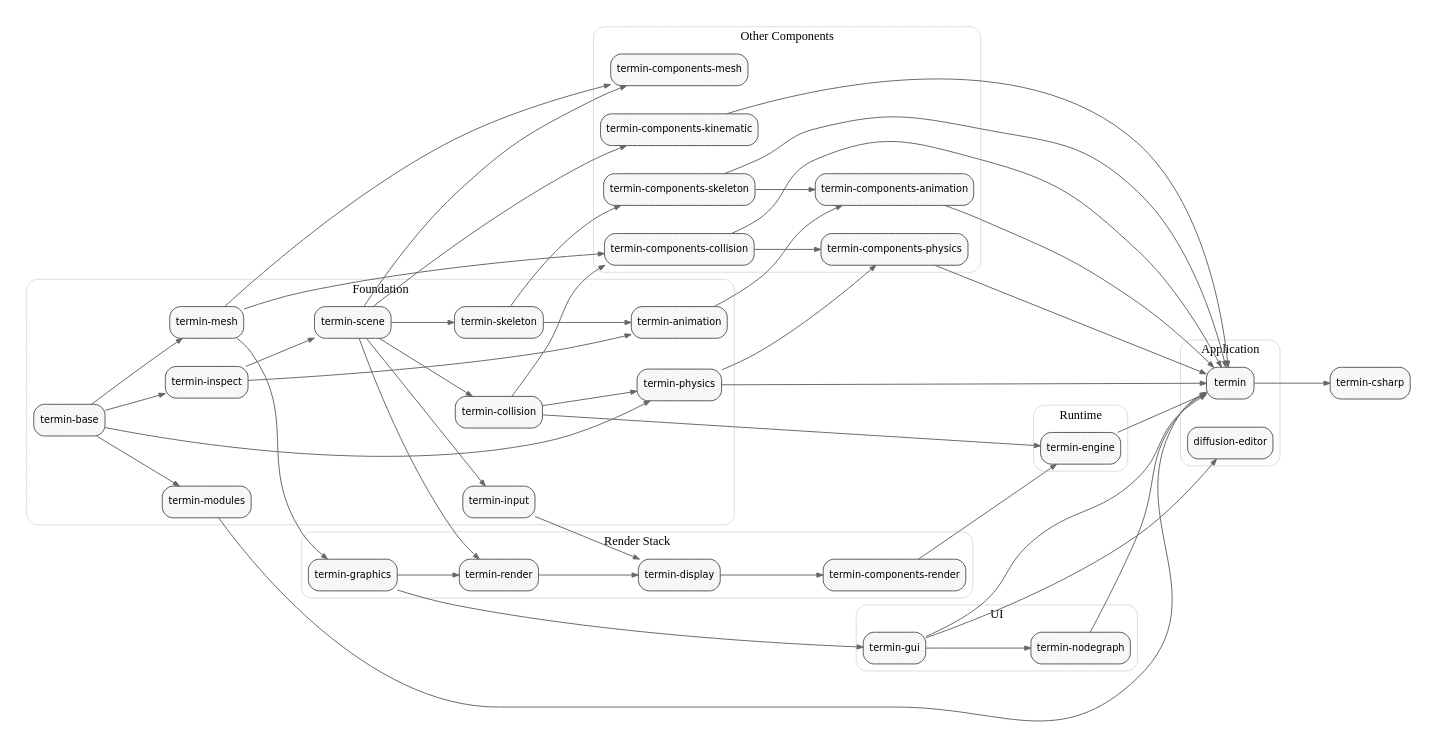
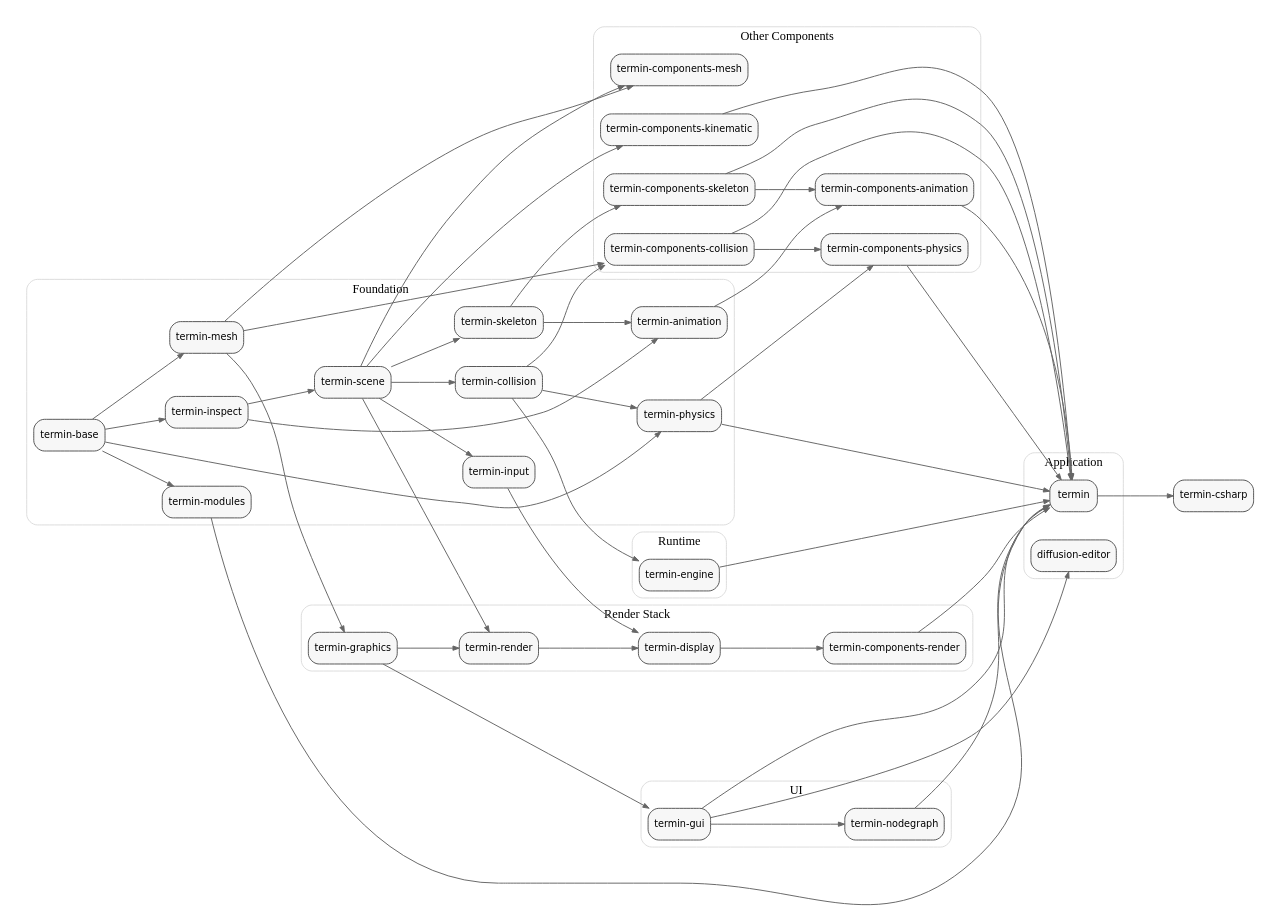
The diagram in docs/library-dependencies.dot (mirmik/termin), drawn with Graphviz before and after one commit.

```diff
--- a/docs/library-dependencies.dot
+++ b/docs/library-dependencies.dot
@@ -1,127 +1,127 @@
 digraph termin_dependencies {
 	graph [bgcolor=white,
 		nodesep=0.45,
 		overlap=false,
 		pad=0.2,
 		rankdir=LR,
 		ranksep=0.9,
 		splines=true
 	];
 	node [color="#444444",
 		fillcolor="#f7f7f7",
 		fontname="DejaVu Sans",
 		fontsize=11,
 		margin="0.10,0.06",
 		shape=box,
 		style="rounded,filled"
 	];
 	edge [arrowsize=0.7,
 		color="#666666",
 		penwidth=1.1
 	];
 	subgraph cluster_foundation {
 		graph [color="#d9d9d9",
 			label=Foundation,
 			style=rounded
 		];
 		"termin-base";
 		"termin-mesh";
 		"termin-inspect";
 		"termin-scene";
 		"termin-input";
 		"termin-modules";
 		"termin-collision";
 		"termin-physics";
 		"termin-skeleton";
 		"termin-animation";
 	}
 	subgraph cluster_render {
 		graph [color="#d9d9d9",
 			label="Render Stack",
 			style=rounded
 		];
 		"termin-graphics";
 		"termin-render";
 		"termin-display";
 		"termin-components-render";
 	}
 	subgraph cluster_components {
 		graph [color="#d9d9d9",
 			label="Other Components",
 			style=rounded
 		];
 		"termin-components-collision";
 		"termin-components-skeleton";
 		"termin-components-animation";
 		"termin-components-physics";
 		"termin-components-mesh";
 		"termin-components-kinematic";
 	}
 	subgraph cluster_runtime {
 		graph [color="#d9d9d9",
 			label=Runtime,
 			style=rounded
 		];
 		"termin-engine";
 	}
 	subgraph cluster_ui {
 		graph [color="#d9d9d9",
 			label=UI,
 			style=rounded
 		];
 		"termin-gui";
 		"termin-nodegraph";
 	}
 	subgraph cluster_application {
 		graph [color="#d9d9d9",
 			label=Application,
 			style=rounded
 		];
 		termin;
 		"diffusion-editor";
 	}
 	"termin-csharp";
 	"termin-base" -> "termin-mesh";
 	"termin-base" -> "termin-inspect";
 	"termin-base" -> "termin-modules";
 	"termin-base" -> "termin-physics";
 	"termin-mesh" -> "termin-graphics";
 	"termin-mesh" -> "termin-components-collision";
 	"termin-mesh" -> "termin-components-mesh";
 	"termin-inspect" -> "termin-scene";
 	"termin-scene" -> "termin-input";
 	"termin-scene" -> "termin-collision";
 	"termin-scene" -> "termin-render";
 	"termin-scene" -> "termin-components-mesh";
 	"termin-scene" -> "termin-components-kinematic";
 	"termin-input" -> "termin-display";
 	"termin-collision" -> "termin-engine";
 	"termin-collision" -> "termin-components-collision";
 	"termin-collision" -> "termin-physics";
 	"termin-scene" -> "termin-skeleton";
 	"termin-inspect" -> "termin-animation";
 	"termin-skeleton" -> "termin-animation";
 	"termin-graphics" -> "termin-render";
 	"termin-graphics" -> "termin-gui";
 	"termin-render" -> "termin-display";
 	"termin-display" -> "termin-components-render";
 	"termin-physics" -> "termin-components-physics";
 	"termin-components-collision" -> "termin-components-physics";
 	"termin-skeleton" -> "termin-components-skeleton";
 	"termin-animation" -> "termin-components-animation";
 	"termin-components-skeleton" -> "termin-components-animation";
-	"termin-components-render" -> "termin-engine";
 	"termin-components-skeleton" -> termin;
 	"termin-components-animation" -> termin;
 	"termin-components-collision" -> termin;
 	"termin-components-kinematic" -> termin;
+	"termin-components-render" -> termin;
 	"termin-components-physics" -> termin;
 	"termin-physics" -> termin;
 	"termin-modules" -> termin;
 	"termin-engine" -> termin;
 	"termin-gui" -> termin;
 	"termin-nodegraph" -> termin;
 	termin -> "termin-csharp";
 	"termin-gui" -> "termin-nodegraph";
 	"termin-gui" -> "diffusion-editor";
 }
```
